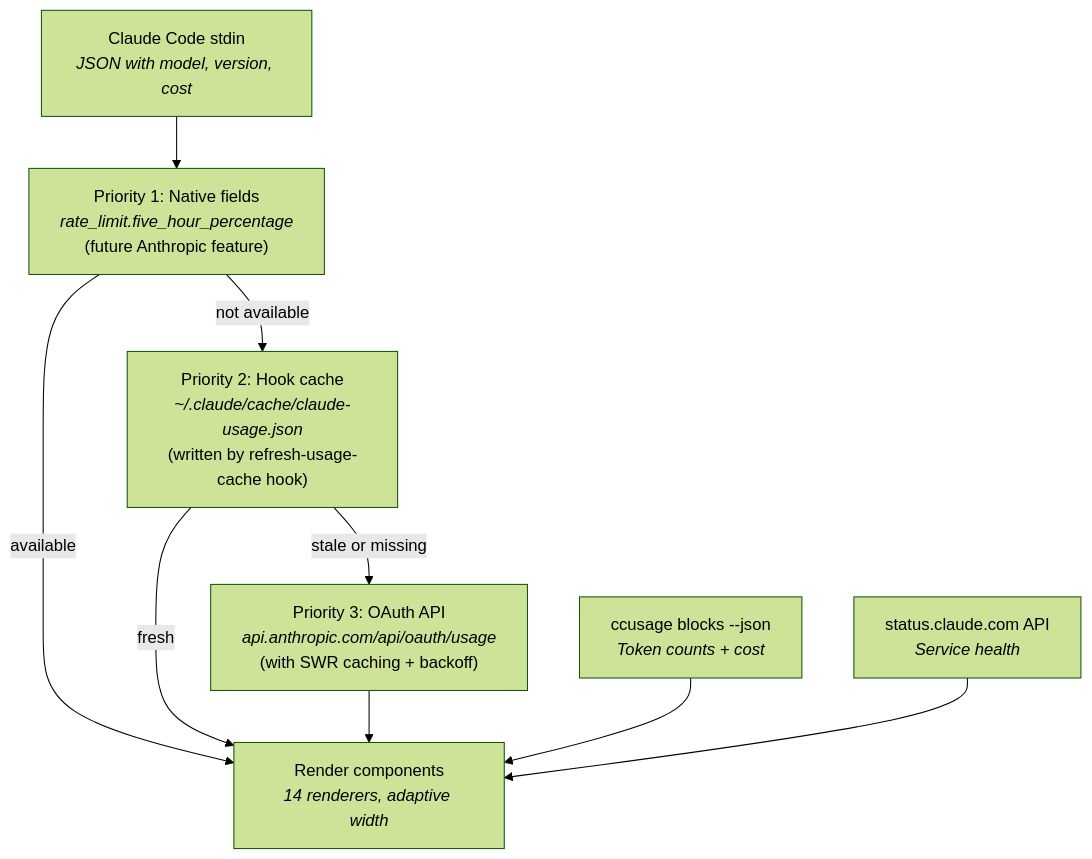
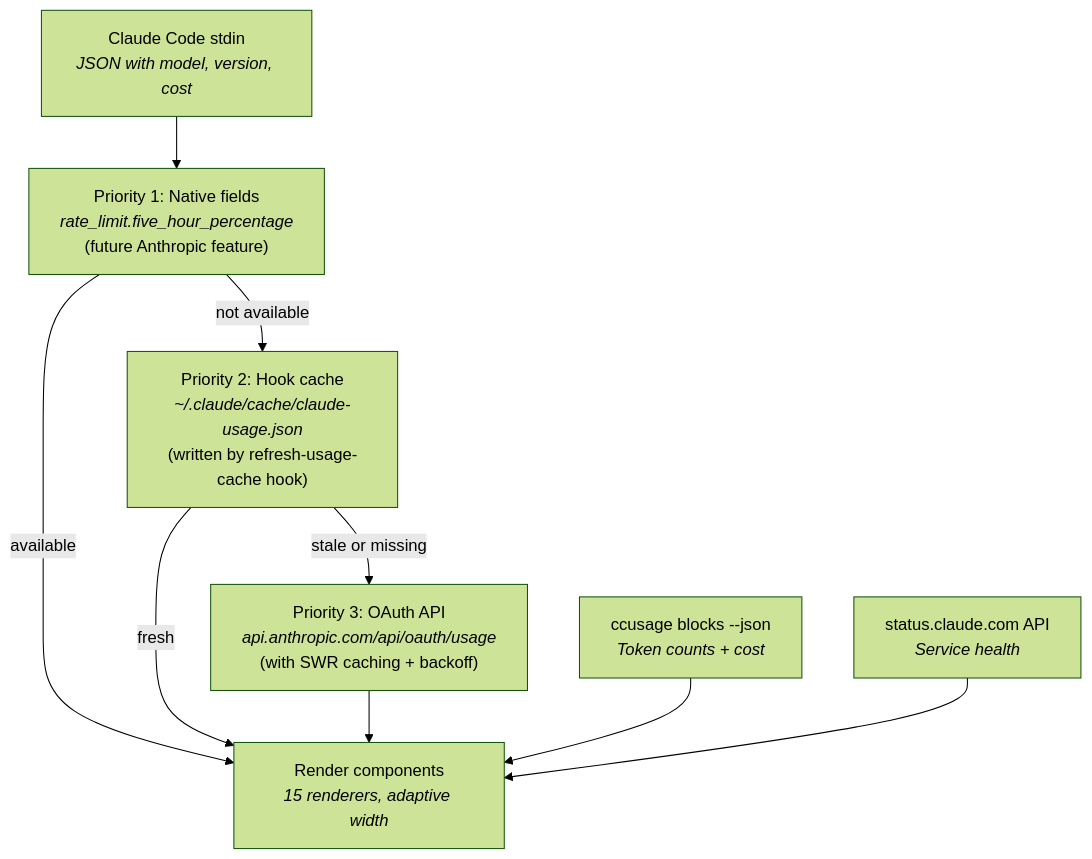
The fourth of 4 diagrams in docs/architecture.md (gutyoh/claude-code-config), drawn with Mermaid (forest theme) before and after one commit. The commit also changed 1 other file, not shown here.

Commit message:
fix(docs): correct factual errors found by diataxis-expert review
- project-structure.md: databricks-standards file count 5 → 6
- project-structure.md: render_component_* function count 14 → 15
- architecture.md: Mermaid diagram renderer count 14 → 15

````diff
--- a/docs/architecture.md
+++ b/docs/architecture.md
@@ -113,19 +113,19 @@
 ```mermaid
 flowchart TD
     INPUT["Claude Code stdin<br/><i>JSON with model, version, cost</i>"]
     P1["Priority 1: Native fields<br/><i>rate_limit.five_hour_percentage</i><br/>(future Anthropic feature)"]
     P2["Priority 2: Hook cache<br/><i>~/.claude/cache/claude-usage.json</i><br/>(written by refresh-usage-cache hook)"]
     P3["Priority 3: OAuth API<br/><i>api.anthropic.com/api/oauth/usage</i><br/>(with SWR caching + backoff)"]
     CCUSAGE["ccusage blocks --json<br/><i>Token counts + cost</i>"]
     STATUS["status.claude.com API<br/><i>Service health</i>"]
-    RENDER["Render components<br/><i>14 renderers, adaptive width</i>"]
+    RENDER["Render components<br/><i>15 renderers, adaptive width</i>"]
 
     INPUT --> P1
     P1 -->|not available| P2
     P2 -->|stale or missing| P3
     P1 -->|available| RENDER
     P2 -->|fresh| RENDER
     P3 --> RENDER
     CCUSAGE --> RENDER
     STATUS --> RENDER
 ```
````
